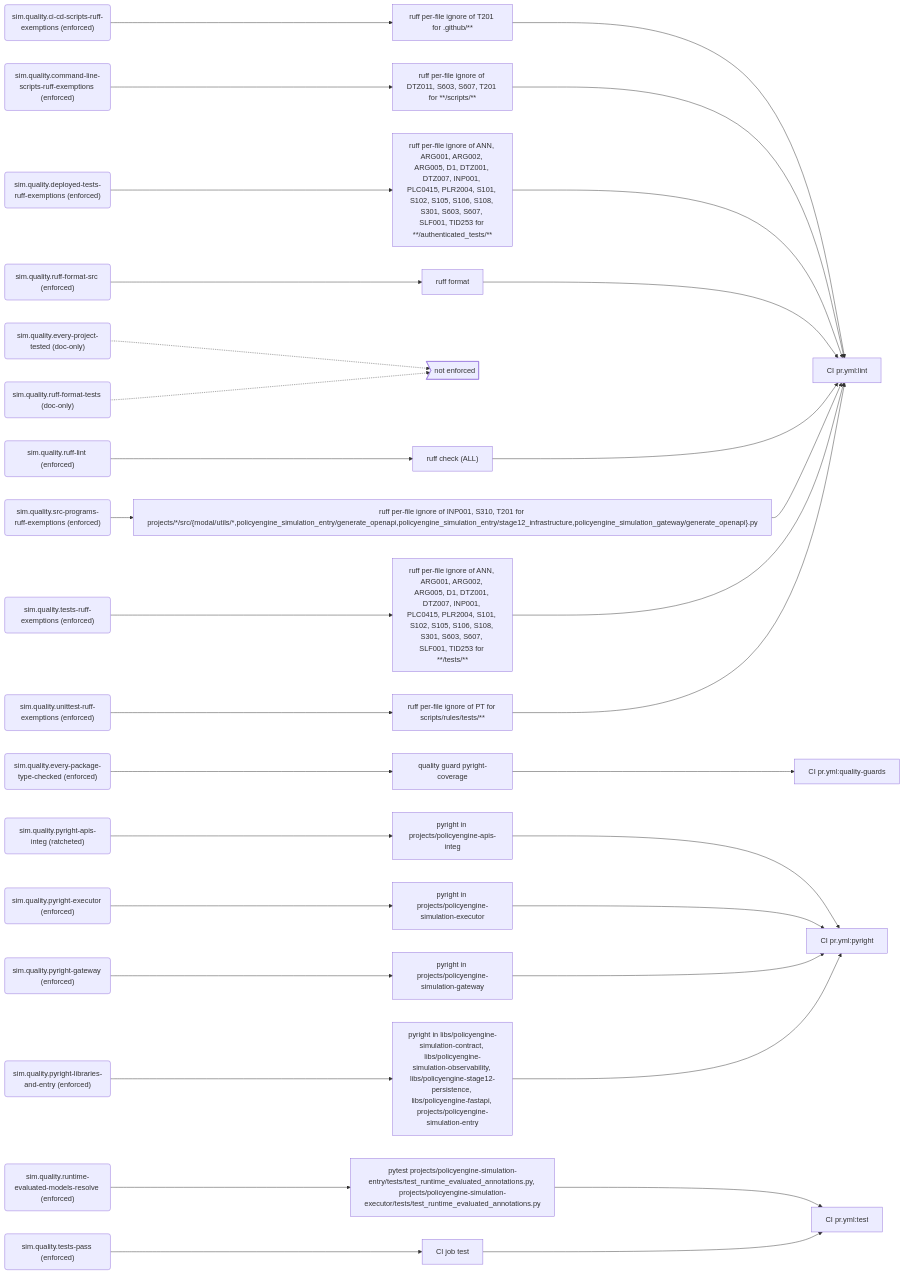
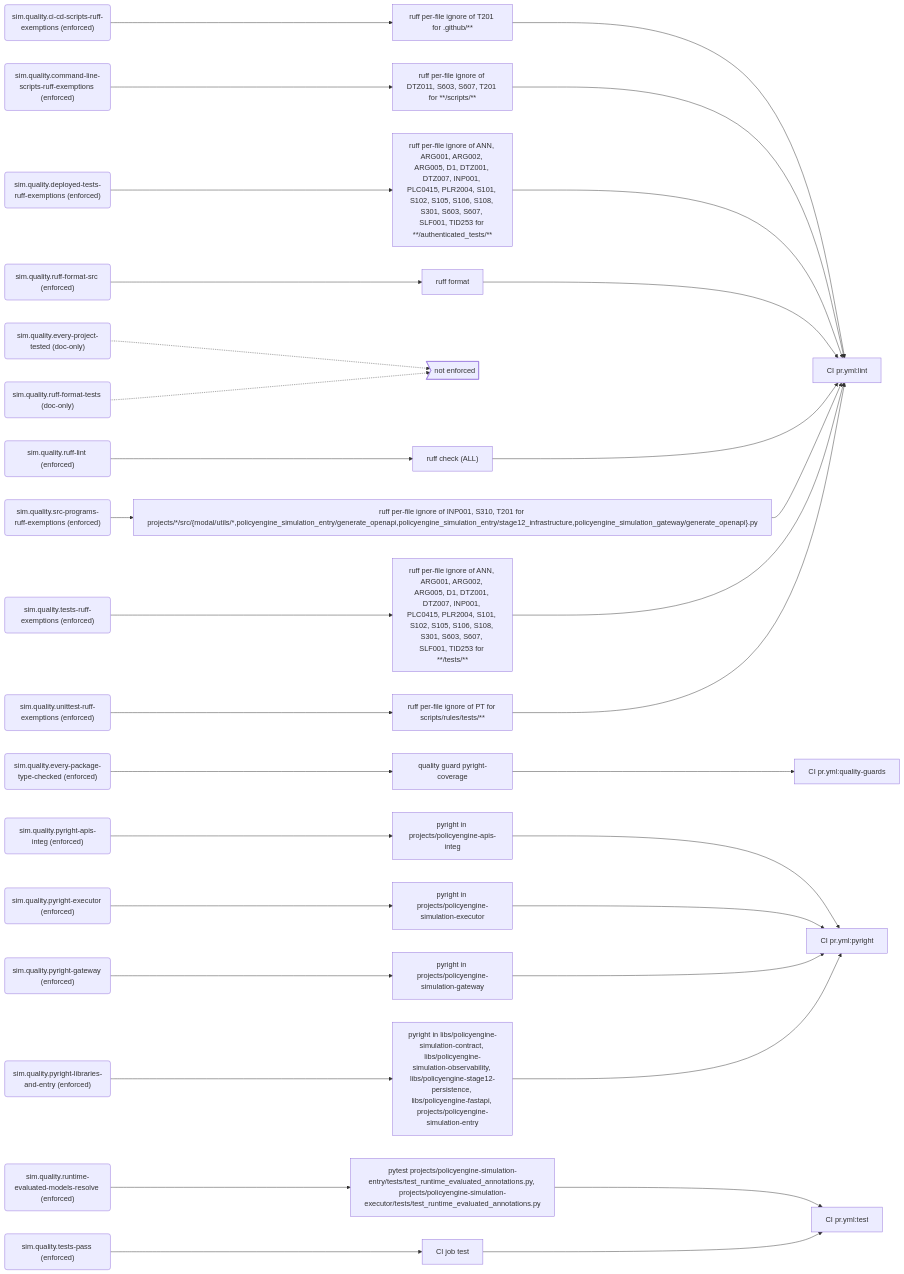
The seventh of 10 diagrams in docs/generated/rules.md (PolicyEngine/policyengine-sim-api), drawn with Mermaid before and after one commit. The commit also changed other lines of this file and 3 other files, not shown here.

First line of the commit message:
Enforce Pyright for apis-integ, and drop the last Pyright baseline

````diff
--- a/docs/generated/rules.md
+++ b/docs/generated/rules.md
@@ -304,72 +303,72 @@
 ```mermaid
 flowchart LR
   r_sim_quality_ci_cd_scripts_ruff_exemptions("sim.quality.ci-cd-scripts-ruff-exemptions (enforced)")
   e_ruff_per_file_ignore_of_T201_for__github___["ruff per-file ignore of T201 for .github/**"]
   j_CI_pr_yml_lint["CI pr.yml:lint"]
   r_sim_quality_command_line_scripts_ruff_exemptions("sim.quality.command-line-scripts-ruff-exemptions (enforced)")
   e_ruff_per_file_ignore_of_DTZ011__S603__S607__T201_for____scripts___["ruff per-file ignore of DTZ011, S603, S607, T201 for **/scripts/**"]
   r_sim_quality_deployed_tests_ruff_exemptions("sim.quality.deployed-tests-ruff-exemptions (enforced)")
   e_ruff_per_file_ignore_of_ANN__ARG001__ARG002__ARG005__D1__DTZ001__DTZ007__INP001__PLC0415__PLR2004__S101__S102__S105__S106__S108__S301__S603__S607__SLF001__TID253_for____authenticated_tests___["ruff per-file ignore of ANN, ARG001, ARG002, ARG005, D1, DTZ001, DTZ007, INP001, PLC0415, PLR2004, S101, S102, S105, S106, S108, S301, S603, S607, SLF001, TID253 for **/authenticated_tests/**"]
   r_sim_quality_every_package_type_checked("sim.quality.every-package-type-checked (enforced)")
   e_quality_guard_pyright_coverage["quality guard pyright-coverage"]
   j_CI_pr_yml_quality_guards["CI pr.yml:quality-guards"]
   r_sim_quality_every_project_tested("sim.quality.every-project-tested (doc-only)")
   gap_unenforced>"not enforced"]
-  r_sim_quality_pyright_apis_integ("sim.quality.pyright-apis-integ (ratcheted)")
+  r_sim_quality_pyright_apis_integ("sim.quality.pyright-apis-integ (enforced)")
   e_pyright_in_projects_policyengine_apis_integ["pyright in projects/policyengine-apis-integ"]
   j_CI_pr_yml_pyright["CI pr.yml:pyright"]
   r_sim_quality_pyright_executor("sim.quality.pyright-executor (enforced)")
   e_pyright_in_projects_policyengine_simulation_executor["pyright in projects/policyengine-simulation-executor"]
   r_sim_quality_pyright_gateway("sim.quality.pyright-gateway (enforced)")
   e_pyright_in_projects_policyengine_simulation_gateway["pyright in projects/policyengine-simulation-gateway"]
   r_sim_quality_pyright_libraries_and_entry("sim.quality.pyright-libraries-and-entry (enforced)")
   e_pyright_in_libs_policyengine_simulation_contract__libs_policyengine_simulation_observability__libs_policyengine_stage12_persistence__libs_policyengine_fastapi__projects_policyengine_simulation_entry["pyright in libs/policyengine-simulation-contract, libs/policyengine-simulation-observability, libs/policyengine-stage12-persistence, libs/policyengine-fastapi, projects/policyengine-simulation-entry"]
   r_sim_quality_ruff_format_src("sim.quality.ruff-format-src (enforced)")
   e_ruff_format["ruff format"]
   r_sim_quality_ruff_format_tests("sim.quality.ruff-format-tests (doc-only)")
   r_sim_quality_ruff_lint("sim.quality.ruff-lint (enforced)")
   e_ruff_check__ALL_["ruff check (ALL)"]
   r_sim_quality_runtime_evaluated_models_resolve("sim.quality.runtime-evaluated-models-resolve (enforced)")
   e_pytest_projects_policyengine_simulation_entry_tests_test_runtime_evaluated_annotations_py__projects_policyengine_simulation_executor_tests_test_runtime_evaluated_annotations_py["pytest projects/policyengine-simulation-entry/tests/test_runtime_evaluated_annotations.py, projects/policyengine-simulation-executor/tests/test_runtime_evaluated_annotations.py"]
   j_CI_pr_yml_test["CI pr.yml:test"]
   r_sim_quality_src_programs_ruff_exemptions("sim.quality.src-programs-ruff-exemptions (enforced)")
   e_ruff_per_file_ignore_of_INP001__S310__T201_for_projects___src__modal_utils___policyengine_simulation_entry_generate_openapi_policyengine_simulation_entry_stage12_infrastructure_policyengine_simulation_gateway_generate_openapi__py["ruff per-file ignore of INP001, S310, T201 for projects/*/src/{modal/utils/*,policyengine_simulation_entry/generate_openapi,policyengine_simulation_entry/stage12_infrastructure,policyengine_simulation_gateway/generate_openapi}.py"]
   r_sim_quality_tests_pass("sim.quality.tests-pass (enforced)")
   e_CI_job_test["CI job test"]
   r_sim_quality_tests_ruff_exemptions("sim.quality.tests-ruff-exemptions (enforced)")
   e_ruff_per_file_ignore_of_ANN__ARG001__ARG002__ARG005__D1__DTZ001__DTZ007__INP001__PLC0415__PLR2004__S101__S102__S105__S106__S108__S301__S603__S607__SLF001__TID253_for____tests___["ruff per-file ignore of ANN, ARG001, ARG002, ARG005, D1, DTZ001, DTZ007, INP001, PLC0415, PLR2004, S101, S102, S105, S106, S108, S301, S603, S607, SLF001, TID253 for **/tests/**"]
   r_sim_quality_unittest_ruff_exemptions("sim.quality.unittest-ruff-exemptions (enforced)")
   e_ruff_per_file_ignore_of_PT_for_scripts_rules_tests___["ruff per-file ignore of PT for scripts/rules/tests/**"]
   r_sim_quality_ci_cd_scripts_ruff_exemptions --> e_ruff_per_file_ignore_of_T201_for__github___
   e_ruff_per_file_ignore_of_T201_for__github___ --> j_CI_pr_yml_lint
   r_sim_quality_command_line_scripts_ruff_exemptions --> e_ruff_per_file_ignore_of_DTZ011__S603__S607__T201_for____scripts___
   e_ruff_per_file_ignore_of_DTZ011__S603__S607__T201_for____scripts___ --> j_CI_pr_yml_lint
   r_sim_quality_deployed_tests_ruff_exemptions --> e_ruff_per_file_ignore_of_ANN__ARG001__ARG002__ARG005__D1__DTZ001__DTZ007__INP001__PLC0415__PLR2004__S101__S102__S105__S106__S108__S301__S603__S607__SLF001__TID253_for____authenticated_tests___
   e_ruff_per_file_ignore_of_ANN__ARG001__ARG002__ARG005__D1__DTZ001__DTZ007__INP001__PLC0415__PLR2004__S101__S102__S105__S106__S108__S301__S603__S607__SLF001__TID253_for____authenticated_tests___ --> j_CI_pr_yml_lint
   r_sim_quality_every_package_type_checked --> e_quality_guard_pyright_coverage
   e_quality_guard_pyright_coverage --> j_CI_pr_yml_quality_guards
   r_sim_quality_every_project_tested -.-> gap_unenforced
   r_sim_quality_pyright_apis_integ --> e_pyright_in_projects_policyengine_apis_integ
   e_pyright_in_projects_policyengine_apis_integ --> j_CI_pr_yml_pyright
   r_sim_quality_pyright_executor --> e_pyright_in_projects_policyengine_simulation_executor
   e_pyright_in_projects_policyengine_simulation_executor --> j_CI_pr_yml_pyright
   r_sim_quality_pyright_gateway --> e_pyright_in_projects_policyengine_simulation_gateway
   e_pyright_in_projects_policyengine_simulation_gateway --> j_CI_pr_yml_pyright
   r_sim_quality_pyright_libraries_and_entry --> e_pyright_in_libs_policyengine_simulation_contract__libs_policyengine_simulation_observability__libs_policyengine_stage12_persistence__libs_policyengine_fastapi__projects_policyengine_simulation_entry
   e_pyright_in_libs_policyengine_simulation_contract__libs_policyengine_simulation_observability__libs_policyengine_stage12_persistence__libs_policyengine_fastapi__projects_policyengine_simulation_entry --> j_CI_pr_yml_pyright
   r_sim_quality_ruff_format_src --> e_ruff_format
   e_ruff_format --> j_CI_pr_yml_lint
   r_sim_quality_ruff_format_tests -.-> gap_unenforced
   r_sim_quality_ruff_lint --> e_ruff_check__ALL_
   e_ruff_check__ALL_ --> j_CI_pr_yml_lint
   r_sim_quality_runtime_evaluated_models_resolve --> e_pytest_projects_policyengine_simulation_entry_tests_test_runtime_evaluated_annotations_py__projects_policyengine_simulation_executor_tests_test_runtime_evaluated_annotations_py
   e_pytest_projects_policyengine_simulation_entry_tests_test_runtime_evaluated_annotations_py__projects_policyengine_simulation_executor_tests_test_runtime_evaluated_annotations_py --> j_CI_pr_yml_test
   r_sim_quality_src_programs_ruff_exemptions --> e_ruff_per_file_ignore_of_INP001__S310__T201_for_projects___src__modal_utils___policyengine_simulation_entry_generate_openapi_policyengine_simulation_entry_stage12_infrastructure_policyengine_simulation_gateway_generate_openapi__py
   e_ruff_per_file_ignore_of_INP001__S310__T201_for_projects___src__modal_utils___policyengine_simulation_entry_generate_openapi_policyengine_simulation_entry_stage12_infrastructure_policyengine_simulation_gateway_generate_openapi__py --> j_CI_pr_yml_lint
   r_sim_quality_tests_pass --> e_CI_job_test
   e_CI_job_test --> j_CI_pr_yml_test
   r_sim_quality_tests_ruff_exemptions --> e_ruff_per_file_ignore_of_ANN__ARG001__ARG002__ARG005__D1__DTZ001__DTZ007__INP001__PLC0415__PLR2004__S101__S102__S105__S106__S108__S301__S603__S607__SLF001__TID253_for____tests___
   e_ruff_per_file_ignore_of_ANN__ARG001__ARG002__ARG005__D1__DTZ001__DTZ007__INP001__PLC0415__PLR2004__S101__S102__S105__S106__S108__S301__S603__S607__SLF001__TID253_for____tests___ --> j_CI_pr_yml_lint
   r_sim_quality_unittest_ruff_exemptions --> e_ruff_per_file_ignore_of_PT_for_scripts_rules_tests___
   e_ruff_per_file_ignore_of_PT_for_scripts_rules_tests___ --> j_CI_pr_yml_lint
 ```
````
